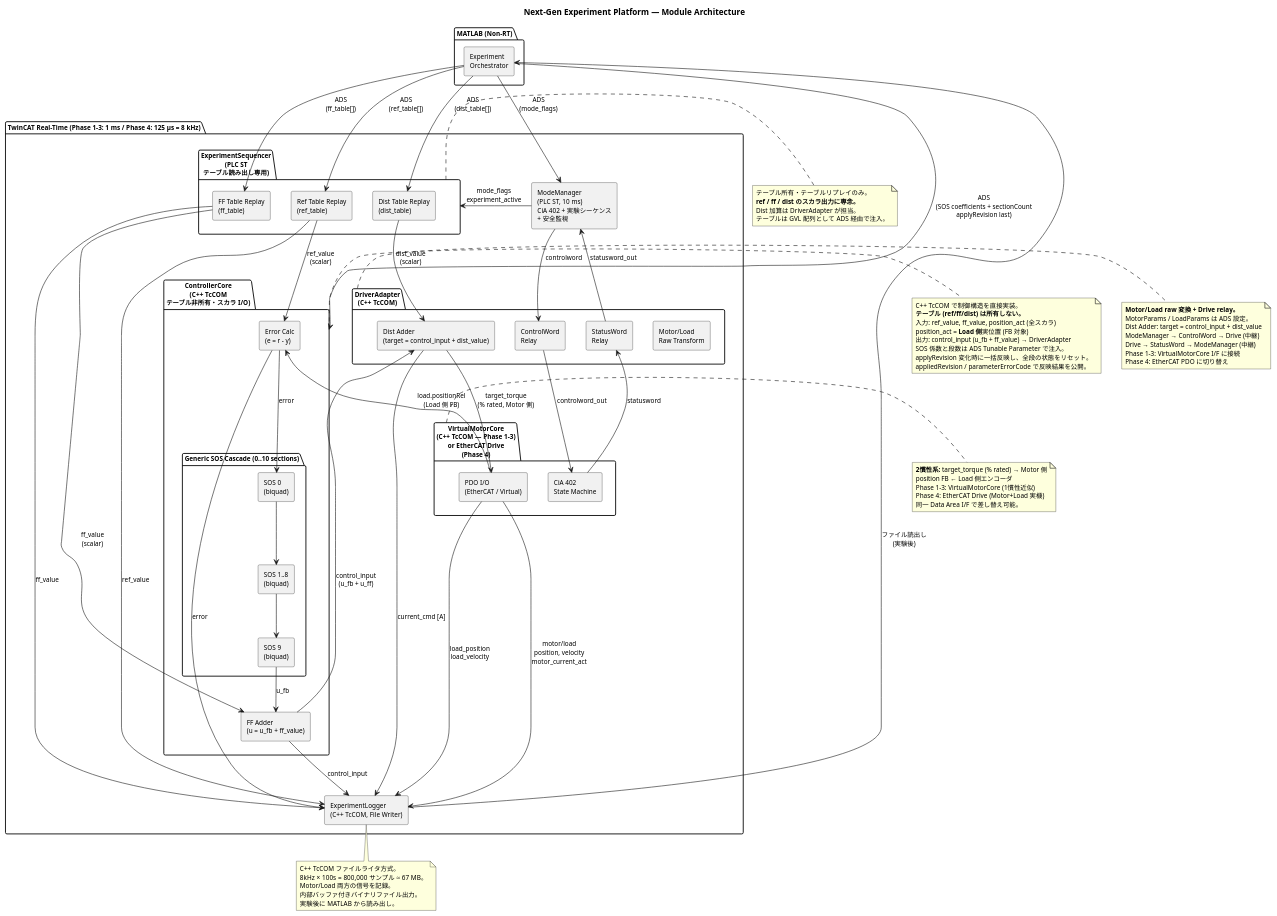
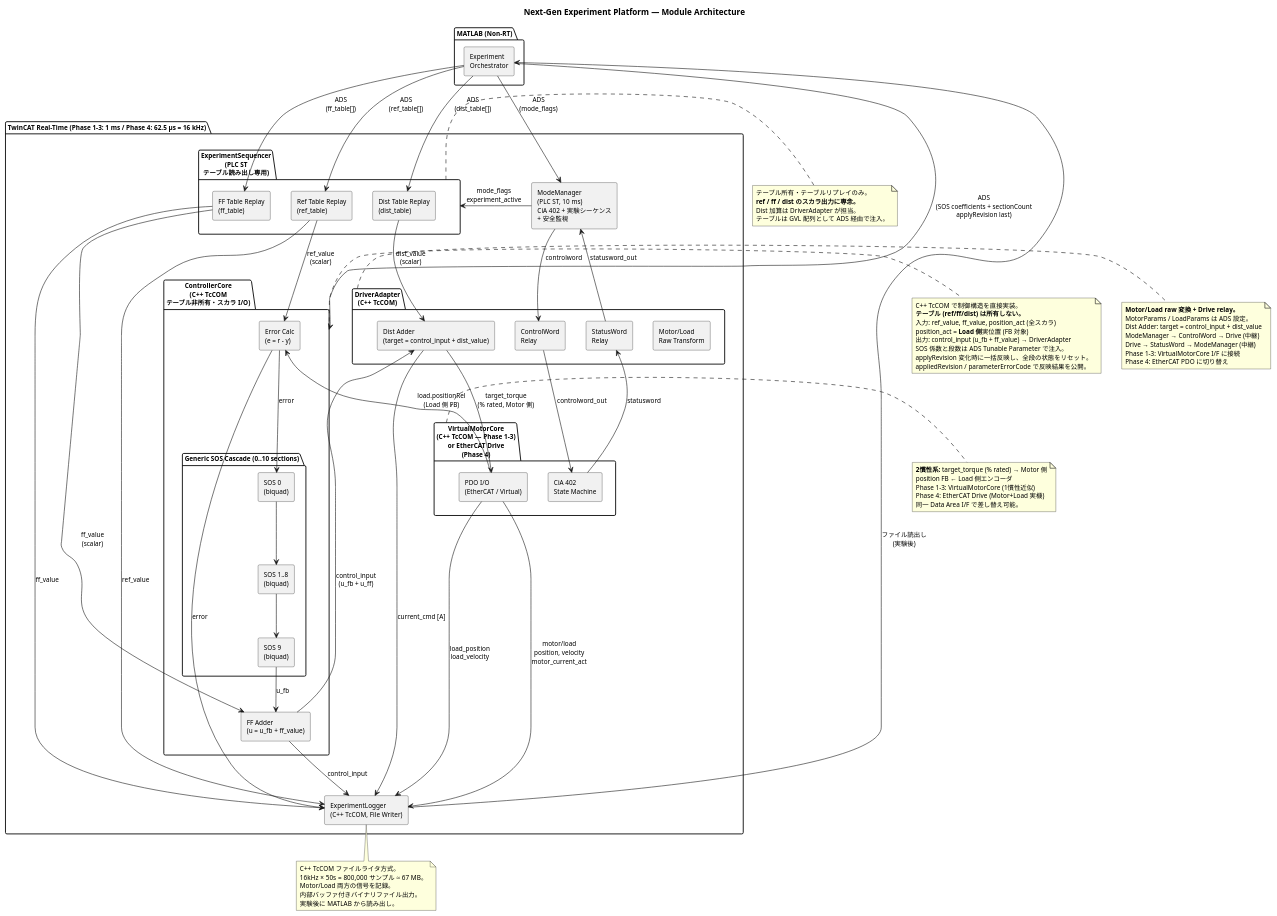
One commit to MONIN013/Experiment-Hail-Mary changed the diagram in docs/architecture/diagrams/NewProjectBlock.pu. Above: the diagram before and after it, drawn with PlantUML. The commit also changed 14 other files, not shown here.

```diff
--- a/docs/architecture/diagrams/NewProjectBlock.pu
+++ b/docs/architecture/diagrams/NewProjectBlock.pu
@@ -1,160 +1,160 @@
 @startuml
 skinparam componentStyle rectangle
 skinparam shadowing false
 skinparam defaultFontSize 11
 
 title Next-Gen Experiment Platform — Module Architecture
 
 ' ============================================================
 '  TwinCAT Real-Time Layer
 ' ============================================================
-package "TwinCAT Real-Time (Phase 1-3: 1 ms / Phase 4: 125 µs = 8 kHz)" {
+package "TwinCAT Real-Time (Phase 1-3: 1 ms / Phase 4: 62.5 µs = 16 kHz)" {
 
   ' ---- Drive / Plant ----
   package "VirtualMotorCore\n(C++ TcCOM — Phase 1-3)\nor EtherCAT Drive\n(Phase 4)" as Drive {
     [CiA 402\nState Machine] as CiA
     [PDO I/O\n(EtherCAT / Virtual)] as PDO
   }
 
   ' ---- DriverAdapter (C++ TcCOM — Motor/Load raw変換 + CW/SW中継) ----
   package "DriverAdapter\n(C++ TcCOM)" as DA {
     [Motor/Load\nRaw Transform] as RawXform
     [Dist Adder\n(target = control_input + dist_value)] as DistAddDrv
     [ControlWord\nRelay] as CWRelay
     [StatusWord\nRelay] as SWRelay
   }
 
   ' ---- ControllerCore (C++ TcCOM — 誤差計算 + FB Chain + FF付加) ----
   package "ControllerCore\n(C++ TcCOM\nテーブル非所有・スカラ I/O)" as CC {
     [Error Calc\n(e = r - y)] as Err
 
     package "Generic SOS Cascade (0..10 sections)" {
       [SOS 0\n(biquad)] as SOS0
       [SOS 1..8\n(biquad)] as SOSMid
       [SOS 9\n(biquad)] as SOS9
     }
 
     [FF Adder\n(u = u_fb + ff_value)] as FFAdd
   }
 
   ' ---- ExperimentSequencer (PLC ST — テーブル読み出し専用) ----
   package "ExperimentSequencer\n(PLC ST\nテーブル読み出し専用)" as Seq {
     [Ref Table Replay\n(ref_table)] as RefTbl
     [FF Table Replay\n(ff_table)] as FF
     [Dist Table Replay\n(dist_table)] as Dist
   }
 
   ' ---- ModeManager (PLC ST) ----
   [ModeManager\n(PLC ST, 10 ms)\nCiA 402 + 実験シーケンス\n+ 安全監視] as Mode
 
   ' ---- ExperimentLogger (C++ TcCOM) ----
   [ExperimentLogger\n(C++ TcCOM, File Writer)] as Log
 
   ' ---- Data flow: Drive → ControllerCore (Load 側 FB) ----
   PDO --> Err : load.positionRel\n(Load 側 FB)
   PDO --> Log : motor/load\nposition, velocity\nmotor_current_act
 
   ' ---- ExperimentSequencer → ControllerCore (スカラ) ----
   RefTbl --> Err : ref_value\n(scalar)
   FF --> FFAdd : ff_value\n(scalar)
 
   ' ---- ExperimentSequencer → DriverAdapter (dist_value) ----
   Dist --> DistAddDrv : dist_value\n(scalar)
 
   ' ---- ControllerCore internal ----
   Err --> SOS0 : error
   SOS0 --> SOSMid
   SOSMid --> SOS9
   SOS9 --> FFAdd : u_fb
 
   ' ---- ControllerCore → DriverAdapter ----
   FFAdd --> DistAddDrv : control_input\n(u_fb + u_ff)
 
   ' ---- DriverAdapter → Drive (Motor 側入力) ----
   DistAddDrv --> PDO : target_torque\n(% rated, Motor 側)
 
   ' ---- ModeManager → DriverAdapter → Drive (ControlWord) ----
   Mode --> CWRelay : controlword
   CWRelay --> CiA : controlword_out
 
   ' ---- Drive → DriverAdapter → ModeManager (StatusWord) ----
   CiA --> SWRelay : statusword
   SWRelay --> Mode : statusword_out
 
   ' ---- ModeManager → ExperimentSequencer ----
   Mode --> Seq : mode_flags\nexperiment_active
 
   ' ---- Logging ----
   Err --> Log : error
   DistAddDrv --> Log : current_cmd [A]
   RefTbl --> Log : ref_value
   FF --> Log : ff_value
   FFAdd --> Log : control_input
   PDO --> Log : load_position\nload_velocity
 }
 
 ' ============================================================
 '  MATLAB Non-RT Layer
 ' ============================================================
 package "MATLAB (Non-RT)" {
   [Experiment\nOrchestrator] as Matlab
 }
 
 ' ---- ADS parameter injection (Non-RT → RT) ----
 Matlab --> Mode : ADS\n(mode_flags)
 Matlab --> CC : ADS\n(SOS coefficients + sectionCount\napplyRevision last)
 Matlab --> RefTbl : ADS\n(ref_table[])
 Matlab --> FF : ADS\n(ff_table[])
 Matlab --> Dist : ADS\n(dist_table[])
 
 ' ---- ADS data pull (RT → Non-RT) ----
 Log --> Matlab : ファイル読出し\n(実験後)
 
 ' ============================================================
 '  Notes
 ' ============================================================
 note right of CC
   C++ TcCOM で制御構造を直接実装。
   **テーブル (ref/ff/dist) は所有しない。**
   入力: ref_value, ff_value, position_act (全スカラ)
   position_act = **Load 側**実位置 (FB 対象)
   出力: control_input (u_fb + ff_value) → DriverAdapter
   SOS 係数と段数は ADS Tunable Parameter で注入。
   applyRevision 変化時に一括反映し、全段の状態をリセット。
   appliedRevision / parameterErrorCode で反映結果を公開。
 end note
 
 note right of Seq
   テーブル所有・テーブルリプレイのみ。
   **ref / ff / dist のスカラ出力に専念。**
   Dist 加算は DriverAdapter が担当。
   テーブルは GVL 配列として ADS 経由で注入。
 end note
 
 note right of DA
   **Motor/Load raw 変換 + Drive relay。**
   MotorParams / LoadParams は ADS 設定。
   Dist Adder: target = control_input + dist_value
   ModeManager → ControlWord → Drive (中継)
   Drive → StatusWord → ModeManager (中継)
   Phase 1-3: VirtualMotorCore I/F に接続
   Phase 4: EtherCAT PDO に切り替え
 end note
 
 note right of Drive
   **2慣性系:** target_torque (% rated) → Motor 側
   position FB ← Load 側エンコーダ
   Phase 1-3: VirtualMotorCore (1慣性近似)
   Phase 4: EtherCAT Drive (Motor+Load 実機)
   同一 Data Area I/F で差し替え可能。
 end note
 
 note bottom of Log
   C++ TcCOM ファイルライタ方式。
-  8kHz × 100s = 800,000 サンプル ≈ 67 MB。
+  16kHz × 50s = 800,000 サンプル ≈ 67 MB。
   Motor/Load 両方の信号を記録。
   内部バッファ付きバイナリファイル出力。
   実験後に MATLAB から読み出し。
 end note
 
 @enduml
```
